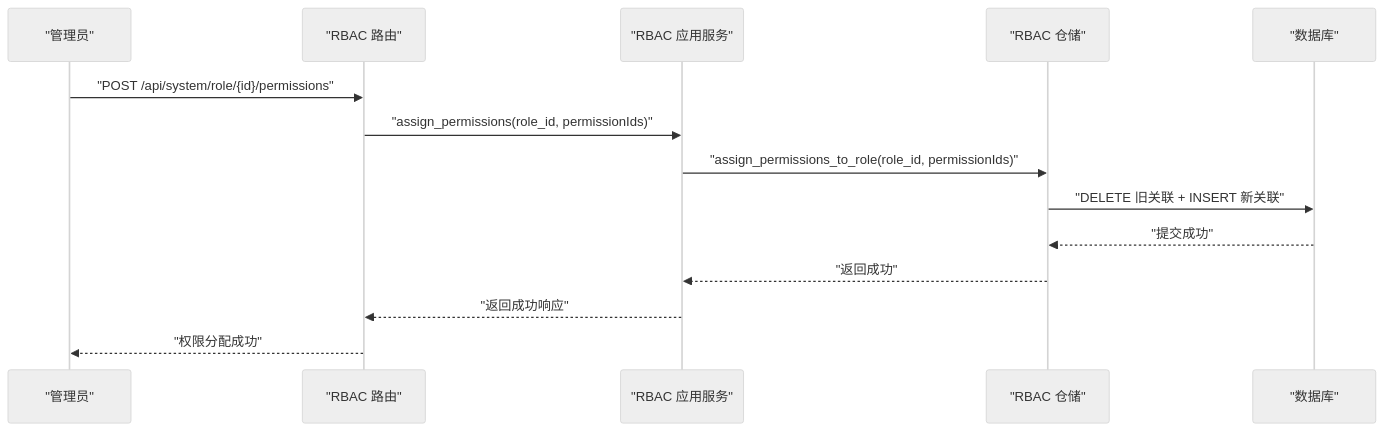
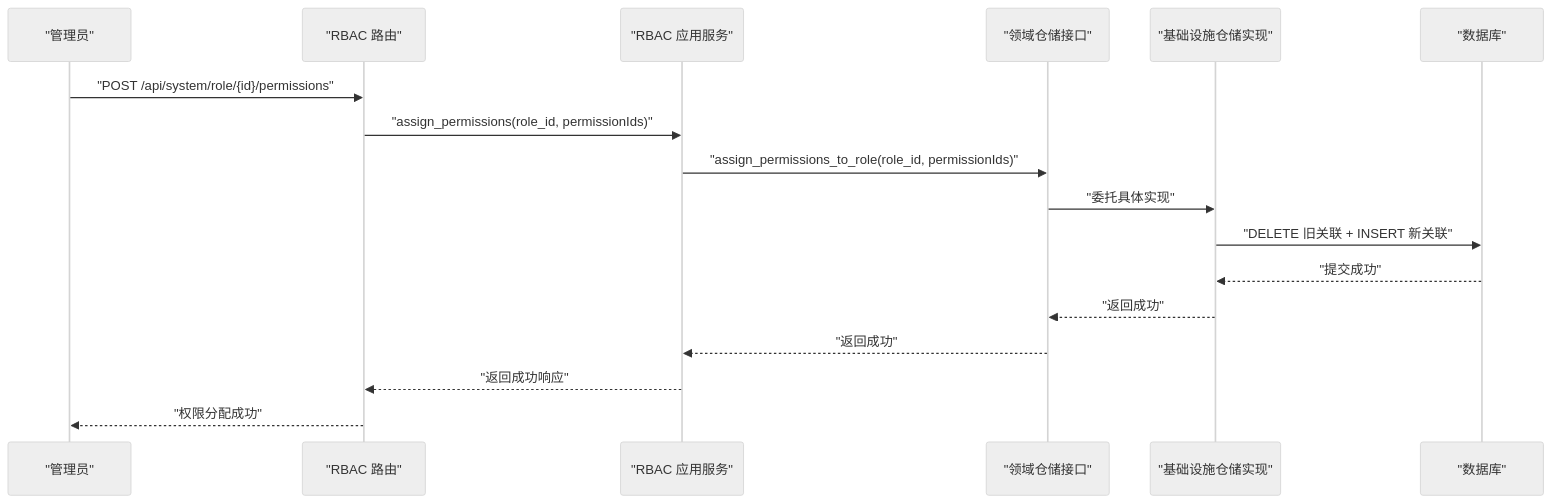
One commit to taoweidong/Hello-FastApi changed the fifth of 8 diagrams in .qoder/repowiki/zh/content/RBAC 权限系统/RBAC 权限系统.md. Above: the diagram before and after it, drawn with Mermaid (neutral theme). The commit also changed other lines of this file and 18 other files, not shown here.

````diff
--- a/.qoder/repowiki/zh/content/RBAC 权限系统/RBAC 权限系统.md
+++ b/.qoder/repowiki/zh/content/RBAC 权限系统/RBAC 权限系统.md
@@ -234,16 +266,19 @@
 ```mermaid
 sequenceDiagram
 participant Admin as "管理员"
 participant API as "RBAC 路由"
 participant Svc as "RBAC 应用服务"
-participant Repo as "RBAC 仓储"
+participant DomainRepo as "领域仓储接口"
+participant InfraRepo as "基础设施仓储实现"
 participant DB as "数据库"
 Admin->>API : "POST /api/system/role/{id}/permissions"
 API->>Svc : "assign_permissions(role_id, permissionIds)"
-Svc->>Repo : "assign_permissions_to_role(role_id, permissionIds)"
-Repo->>DB : "DELETE 旧关联 + INSERT 新关联"
-DB-->>Repo : "提交成功"
-Repo-->>Svc : "返回成功"
+Svc->>DomainRepo : "assign_permissions_to_role(role_id, permissionIds)"
+DomainRepo->>InfraRepo : "委托具体实现"
+InfraRepo->>DB : "DELETE 旧关联 + INSERT 新关联"
+DB-->>InfraRepo : "提交成功"
+InfraRepo-->>DomainRepo : "返回成功"
+DomainRepo-->>Svc : "返回成功"
 Svc-->>API : "返回成功响应"
 API-->>Admin : "权限分配成功"
 ```
````
